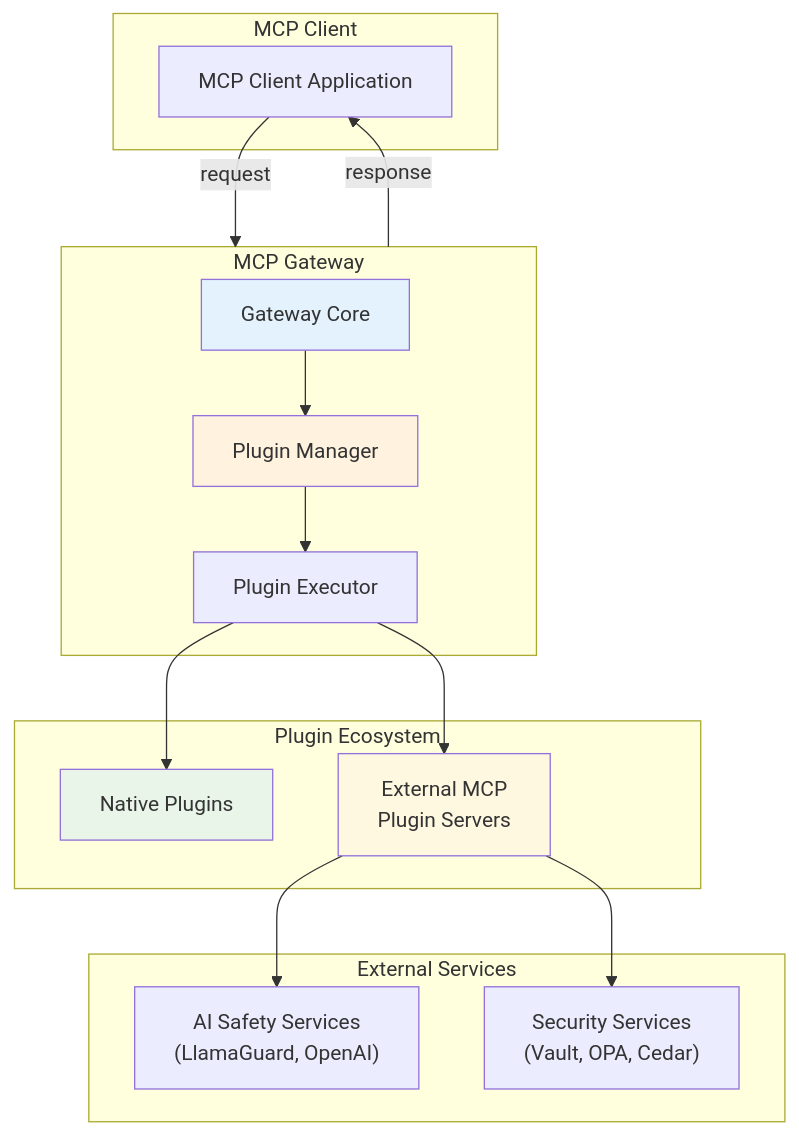
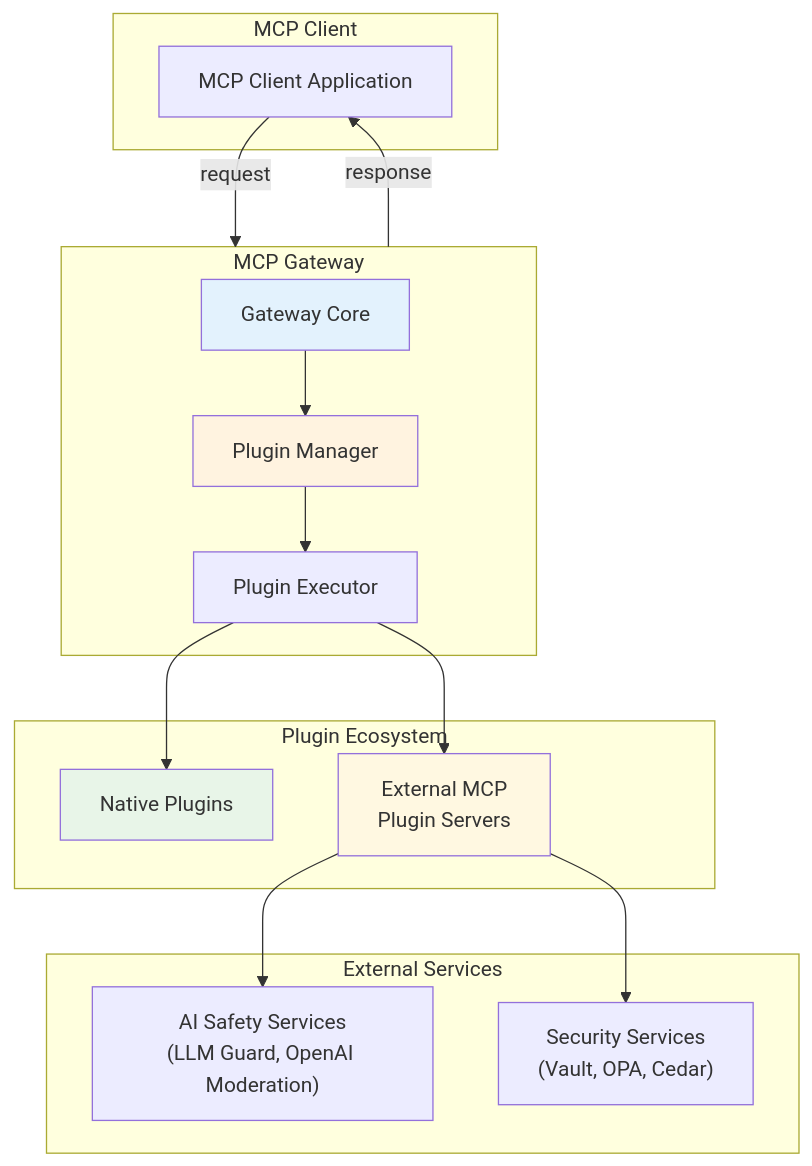
One commit to tedhabeck/mcp-context-forge changed the first of 5 diagrams in docs/docs/architecture/plugins.md. Above: the diagram before and after it, drawn with Mermaid. The commit also changed other lines of this file and 147 other files, not shown here.

First line of the commit message:
docs: refresh docs formatting, links, and diagrams (#2624)

````diff
--- a/docs/docs/architecture/plugins.md
+++ b/docs/docs/architecture/plugins.md
@@ -87,36 +87,36 @@
 ```mermaid
 flowchart TB
     subgraph "MCP Client"
         Client["MCP Client Application"]
     end
 
     subgraph GW["MCP Gateway"]
         Gateway["Gateway Core"]
         PM["Plugin Manager"]
         Executor["Plugin Executor"]
     end
 
     subgraph "Plugin Ecosystem"
         Native["Native Plugins"]
         External["External MCP <br> Plugin Servers"]
     end
 
     subgraph "External Services"
-        AI["AI Safety Services<br>(LlamaGuard, OpenAI)"]
+        AI["AI Safety Services<br>(LLM Guard, OpenAI Moderation)"]
         Security["Security Services<br>(Vault, OPA, Cedar)"]
     end
 
     Client --request--> GW
     GW --response--> Client
     Gateway --> PM
     PM --> Executor
     Executor --> Native
     Executor --> External
     External --> AI
     External --> Security
 
     style Gateway fill:#e3f2fd
     style PM fill:#fff3e0
     style Native fill:#e8f5e8
     style External fill:#fff8e1
 ```
````
